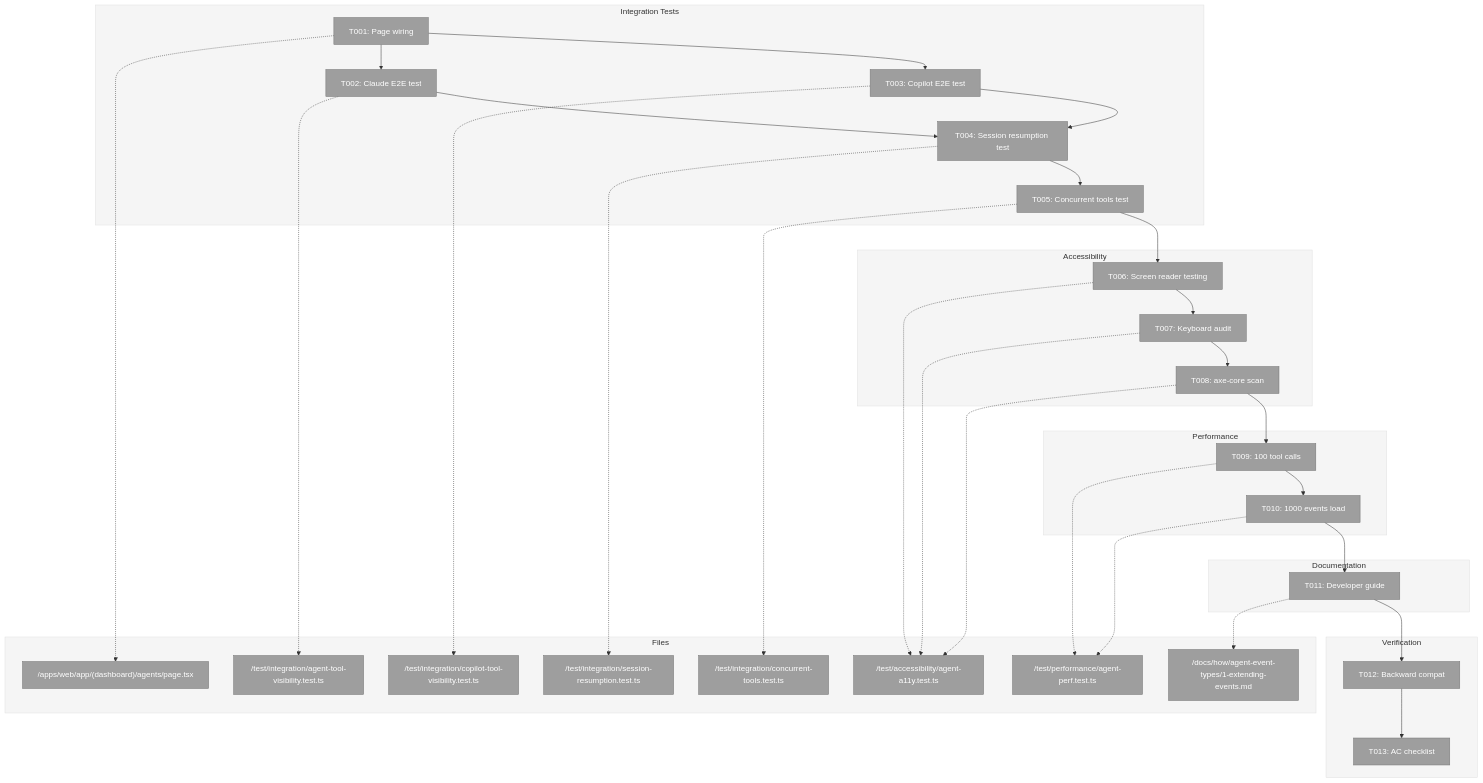
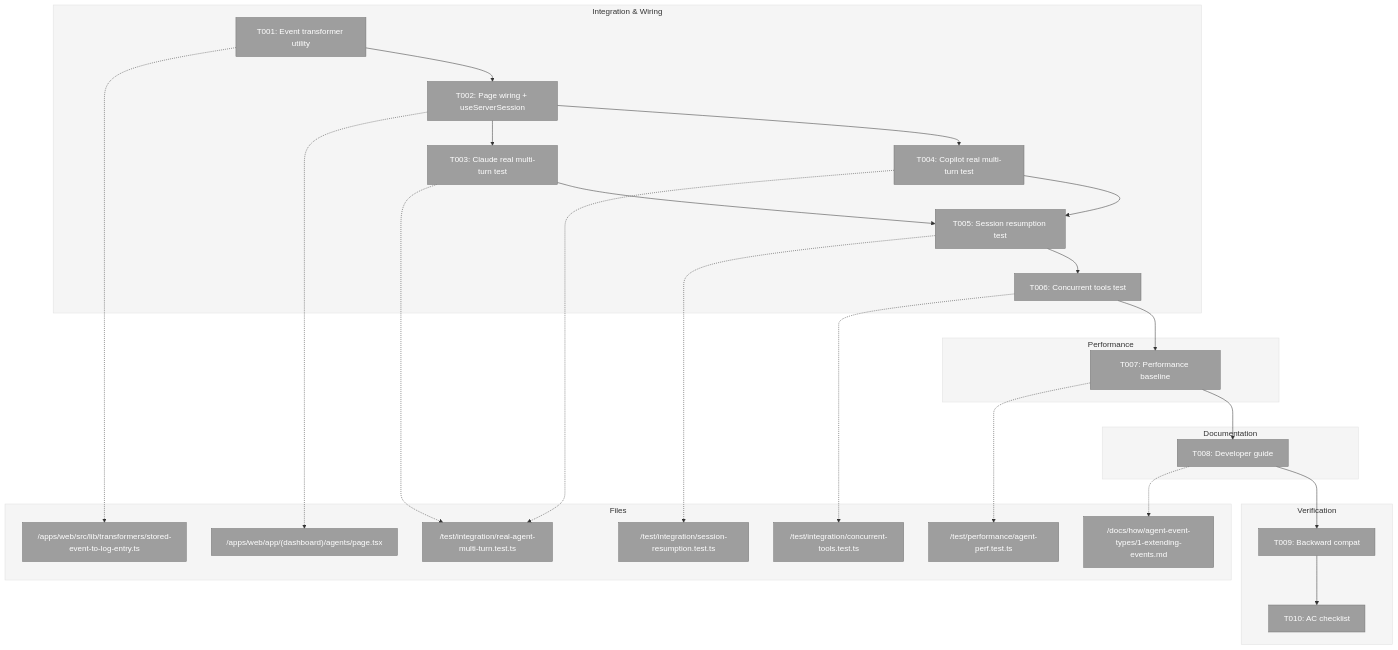
The first of 3 diagrams in docs/plans/015-better-agents/tasks/phase-5-integration-accessibility/tasks.md (AI-Substrate/chainglass), drawn with Mermaid before and after one commit. The commit also changed other lines of this file and 5 other files, not shown here.

First line of the commit message:
feat(tests): add real agent multi-turn integration tests

````diff
--- a/docs/plans/015-better-agents/tasks/phase-5-integration-accessibility/tasks.md
+++ b/docs/plans/015-better-agents/tasks/phase-5-integration-accessibility/tasks.md
@@ -86,78 +97,63 @@
     classDef blocked fill:#F44336,stroke:#D32F2F,color:#fff
 
     style Integration fill:#F5F5F5,stroke:#E0E0E0
-    style A11y fill:#F5F5F5,stroke:#E0E0E0
     style Perf fill:#F5F5F5,stroke:#E0E0E0
     style Docs fill:#F5F5F5,stroke:#E0E0E0
     style Verify fill:#F5F5F5,stroke:#E0E0E0
     style Files fill:#F5F5F5,stroke:#E0E0E0
 
-    subgraph Integration["Integration Tests"]
-        T001["T001: Page wiring"]:::pending
-        T002["T002: Claude E2E test"]:::pending
-        T003["T003: Copilot E2E test"]:::pending
-        T004["T004: Session resumption test"]:::pending
-        T005["T005: Concurrent tools test"]:::pending
+    subgraph Integration["Integration & Wiring"]
+        T001["T001: Event transformer utility"]:::pending
+        T002["T002: Page wiring + useServerSession"]:::pending
+        T003["T003: Claude real multi-turn test"]:::pending
+        T004["T004: Copilot real multi-turn test"]:::pending
+        T005["T005: Session resumption test"]:::pending
+        T006["T006: Concurrent tools test"]:::pending
         
         T001 --> T002
-        T001 --> T003
+        T002 --> T003
         T002 --> T004
-        T003 --> T004
+        T003 --> T005
         T004 --> T005
+        T005 --> T006
     end
 
-    subgraph A11y["Accessibility"]
-        T006["T006: Screen reader testing"]:::pending
-        T007["T007: Keyboard audit"]:::pending
-        T008["T008: axe-core scan"]:::pending
+    subgraph Perf["Performance"]
+        T007["T007: Performance baseline"]:::pending
         
-        T005 --> T006
         T006 --> T007
+    end
+
+    subgraph Docs["Documentation"]
+        T008["T008: Developer guide"]:::pending
+        
         T007 --> T008
     end
 
-    subgraph Perf["Performance"]
-        T009["T009: 100 tool calls"]:::pending
-        T010["T010: 1000 events load"]:::pending
+    subgraph Verify["Verification"]
+        T009["T009: Backward compat"]:::pending
+        T010["T010: AC checklist"]:::pending
         
         T008 --> T009
         T009 --> T010
     end
 
-    subgraph Docs["Documentation"]
-        T011["T011: Developer guide"]:::pending
-        
-        T010 --> T011
-    end
-
-    subgraph Verify["Verification"]
-        T012["T012: Backward compat"]:::pending
-        T013["T013: AC checklist"]:::pending
-        
-        T011 --> T012
-        T012 --> T013
-    end
-
     subgraph Files["Files"]
-        F1["/apps/web/app/(dashboard)/agents/page.tsx"]:::pending
-        F2["/test/integration/agent-tool-visibility.test.ts"]:::pending
-        F3["/test/integration/copilot-tool-visibility.test.ts"]:::pending
+        F1["/apps/web/src/lib/transformers/stored-event-to-log-entry.ts"]:::pending
+        F2["/apps/web/app/(dashboard)/agents/page.tsx"]:::pending
+        F3["/test/integration/real-agent-multi-turn.test.ts"]:::pending
         F4["/test/integration/session-resumption.test.ts"]:::pending
         F5["/test/integration/concurrent-tools.test.ts"]:::pending
-        F6["/test/accessibility/agent-a11y.test.ts"]:::pending
-        F7["/test/performance/agent-perf.test.ts"]:::pending
-        F8["/docs/how/agent-event-types/1-extending-events.md"]:::pending
+        F6["/test/performance/agent-perf.test.ts"]:::pending
+        F7["/docs/how/agent-event-types/1-extending-events.md"]:::pending
     end
 
     T001 -.-> F1
     T002 -.-> F2
     T003 -.-> F3
-    T004 -.-> F4
-    T005 -.-> F5
-    T006 -.-> F6
+    T004 -.-> F3
+    T005 -.-> F4
+    T006 -.-> F5
     T007 -.-> F6
-    T008 -.-> F6
-    T009 -.-> F7
-    T010 -.-> F7
-    T011 -.-> F8
+    T008 -.-> F7
 ```
````
